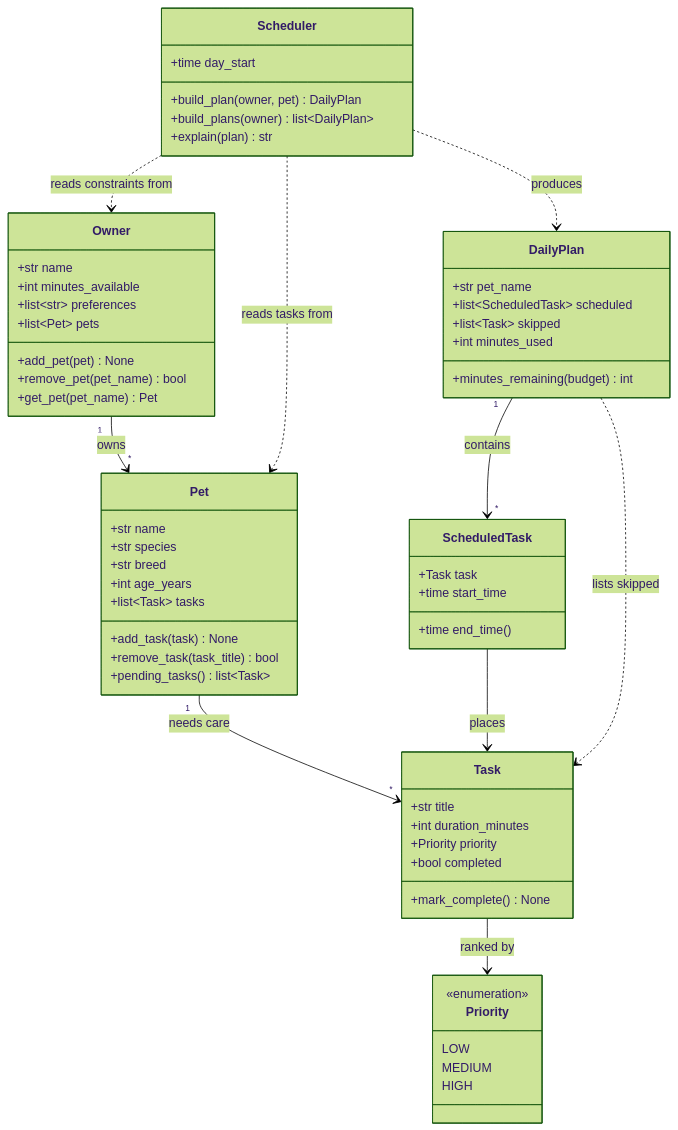
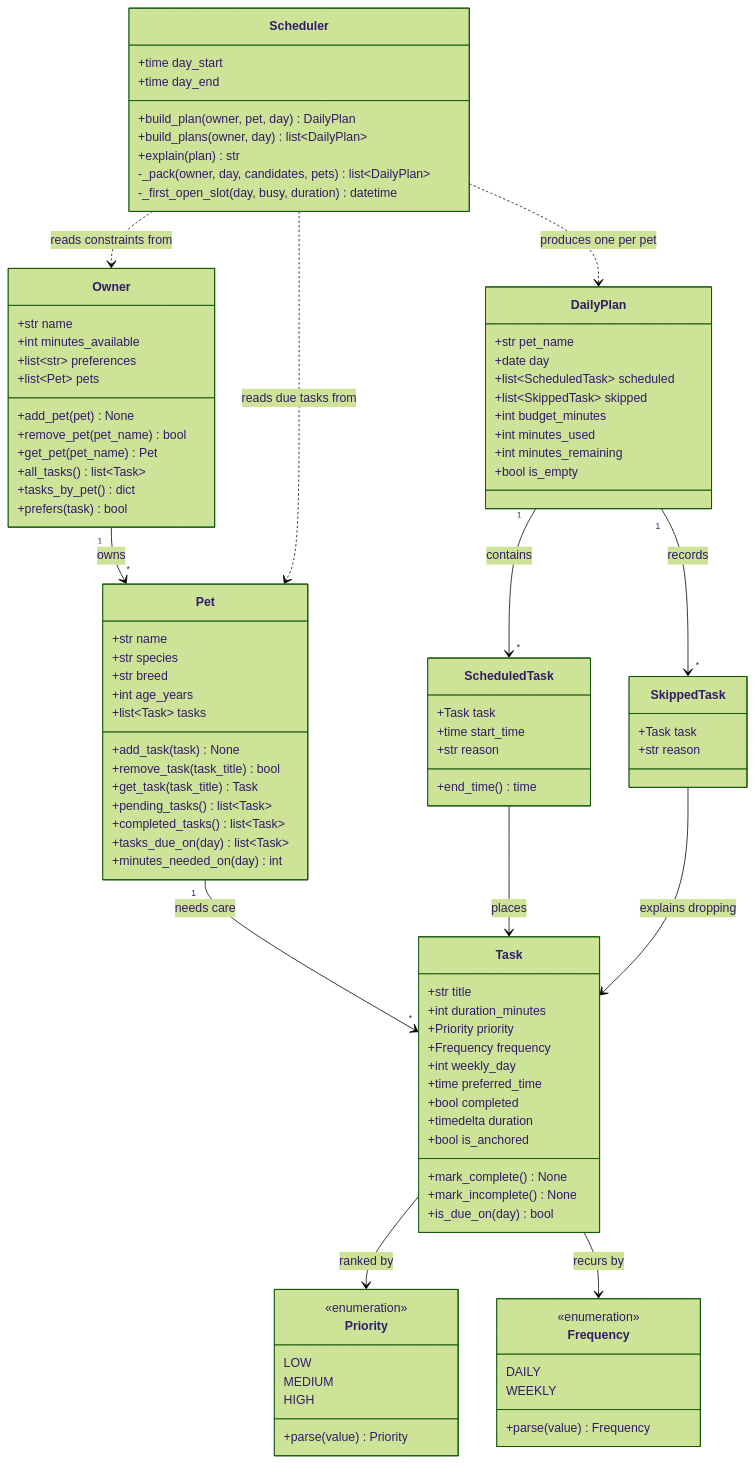
The diagram in diagrams/uml.mmd (Somama12/Assign3), drawn with Mermaid (forest theme) before and after one commit. The commit also changed 6 other files, not shown here.

First line of the commit message:
feat: implement PawPal+ core logic, CLI demo and tests

```diff
--- a/diagrams/uml.mmd
+++ b/diagrams/uml.mmd
@@ -1,71 +1,105 @@
 classDiagram
-    %% PawPal+ system design (Phase 1)
-    %% Revised after reviewing the skeleton: added Priority, ScheduledTask and
-    %% DailyPlan so a plan can carry times, skipped tasks and its explanation.
+    %% PawPal+ system design, kept in sync with pawpal_system.py.
 
     class Owner {
         +str name
         +int minutes_available
         +list~str~ preferences
         +list~Pet~ pets
         +add_pet(pet) None
         +remove_pet(pet_name) bool
         +get_pet(pet_name) Pet
+        +all_tasks() list~Task~
+        +tasks_by_pet() dict
+        +prefers(task) bool
     }
 
     class Pet {
         +str name
         +str species
         +str breed
         +int age_years
         +list~Task~ tasks
         +add_task(task) None
         +remove_task(task_title) bool
+        +get_task(task_title) Task
         +pending_tasks() list~Task~
+        +completed_tasks() list~Task~
+        +tasks_due_on(day) list~Task~
+        +minutes_needed_on(day) int
     }
 
     class Task {
         +str title
         +int duration_minutes
         +Priority priority
+        +Frequency frequency
+        +int weekly_day
+        +time preferred_time
         +bool completed
+        +timedelta duration
+        +bool is_anchored
         +mark_complete() None
+        +mark_incomplete() None
+        +is_due_on(day) bool
     }
 
     class Priority {
         <<enumeration>>
         LOW
         MEDIUM
         HIGH
+        +parse(value) Priority
+    }
+
+    class Frequency {
+        <<enumeration>>
+        DAILY
+        WEEKLY
+        +parse(value) Frequency
     }
 
     class ScheduledTask {
         +Task task
         +time start_time
-        +time end_time()
+        +str reason
+        +end_time() time
+    }
+
+    class SkippedTask {
+        +Task task
+        +str reason
     }
 
     class DailyPlan {
         +str pet_name
+        +date day
         +list~ScheduledTask~ scheduled
-        +list~Task~ skipped
+        +list~SkippedTask~ skipped
+        +int budget_minutes
         +int minutes_used
-        +minutes_remaining(budget) int
+        +int minutes_remaining
+        +bool is_empty
     }
 
     class Scheduler {
         +time day_start
-        +build_plan(owner, pet) DailyPlan
-        +build_plans(owner) list~DailyPlan~
+        +time day_end
+        +build_plan(owner, pet, day) DailyPlan
+        +build_plans(owner, day) list~DailyPlan~
         +explain(plan) str
+        -_pack(owner, day, candidates, pets) list~DailyPlan~
+        -_first_open_slot(day, busy, duration) datetime
     }
 
     Owner "1" --> "*" Pet : owns
     Pet "1" --> "*" Task : needs care
     Task --> Priority : ranked by
+    Task --> Frequency : recurs by
     ScheduledTask --> Task : places
+    SkippedTask --> Task : explains dropping
     DailyPlan "1" --> "*" ScheduledTask : contains
-    DailyPlan ..> Task : lists skipped
+    DailyPlan "1" --> "*" SkippedTask : records
     Scheduler ..> Owner : reads constraints from
-    Scheduler ..> Pet : reads tasks from
-    Scheduler ..> DailyPlan : produces
+    Scheduler ..> Pet : reads due tasks from
+    Scheduler ..> DailyPlan : produces one per pet
```
